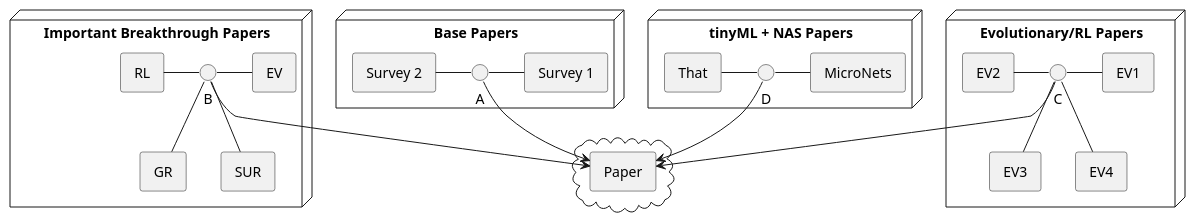
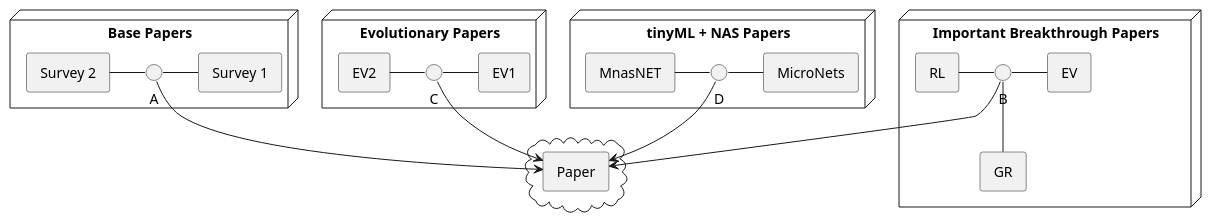
Before and after one commit to duclos-cavalcanti/tum-msei-seminar: the diagram in README.md, drawn with PlantUML. The commit also changed other lines of this file and 1 other file, not shown here.

````diff
--- a/README.md
+++ b/README.md
@@ -414,42 +219,39 @@
 ```plantuml
 
 @startuml
 skinparam componentStyle rectangle
 
 node "Base Papers" {
     A - [ Survey 1 ]
     [ Survey 2 ] - A
  }
 
 node "Important Breakthrough Papers" {
     [ RL ] - B
     B - [ EV ]
     B -down- [ GR ]
-    [ SUR ] -up- B
  }
 
-node "Evolutionary/RL Papers" {
+node "Evolutionary Papers" {
     C - [ EV1 ]
     [ EV2 ] - C
-    C -down- [ EV3 ]
-    [ EV4 ] -up- C
  }
 
 node "tinyML + NAS Papers" {
     D - [ MicroNets ]
-    [ That ] - D
+    [ MnasNET ] - D
  }
 
 
 cloud {
      [ Paper ]
 }
 
 A --> [ Paper ]
 B --> [ Paper ]
 C --> [ Paper ]
 D --> [ Paper ]
 
 @enduml
 
 ```
````
